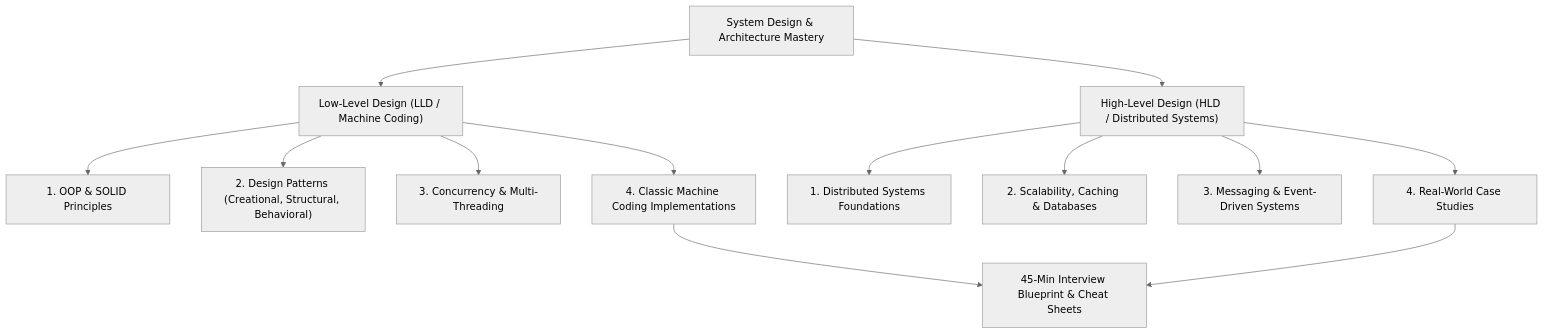
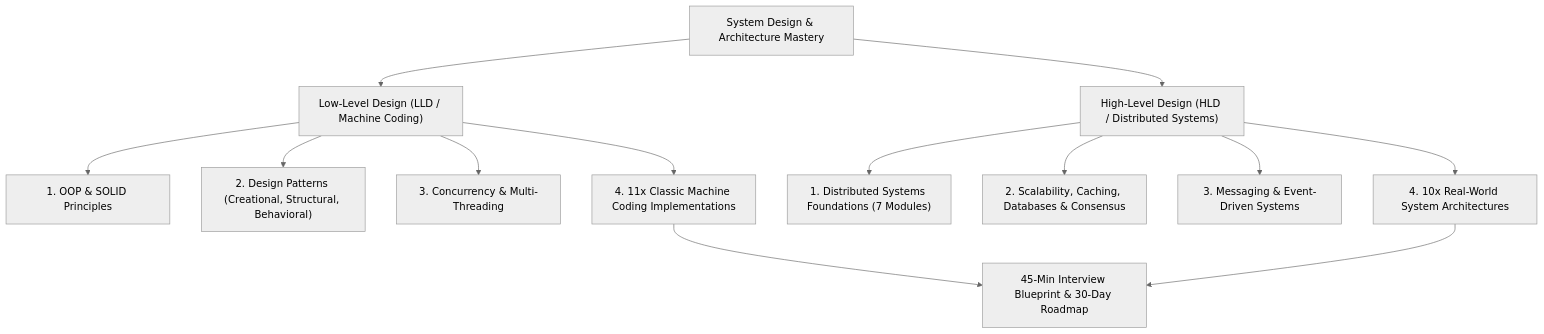
One commit to sahilssh/lldhld changed the diagram in README.md. Above: the diagram before and after it, drawn with Mermaid (neutral theme). The commit also changed other lines of this file and 20 other files, not shown here.

Commit message:
feat: expand tutorial with 10x HLD case studies, 11x LLD problems, decision trees, 30-day roadmap, and test suite

````diff
--- a/README.md
+++ b/README.md
@@ -13,18 +14,18 @@
 ```mermaid
 flowchart TD
     Start["System Design & Architecture Mastery"] --> LLD["Low-Level Design (LLD / Machine Coding)"]
     Start --> HLD["High-Level Design (HLD / Distributed Systems)"]
 
     LLD --> LLD1["1. OOP & SOLID Principles"]
     LLD --> LLD2["2. Design Patterns (Creational, Structural, Behavioral)"]
     LLD --> LLD3["3. Concurrency & Multi-Threading"]
-    LLD --> LLD4["4. Classic Machine Coding Implementations"]
+    LLD --> LLD4["4. 11x Classic Machine Coding Implementations"]
 
-    HLD --> HLD1["1. Distributed Systems Foundations"]
-    HLD --> HLD2["2. Scalability, Caching & Databases"]
+    HLD --> HLD1["1. Distributed Systems Foundations (7 Modules)"]
+    HLD --> HLD2["2. Scalability, Caching, Databases & Consensus"]
     HLD --> HLD3["3. Messaging & Event-Driven Systems"]
-    HLD --> HLD4["4. Real-World Case Studies"]
+    HLD --> HLD4["4. 10x Real-World System Architectures"]
 
-    LLD4 --> Review["45-Min Interview Blueprint & Cheat Sheets"]
+    LLD4 --> Review["45-Min Interview Blueprint & 30-Day Roadmap"]
     HLD4 --> Review
 ```
````
